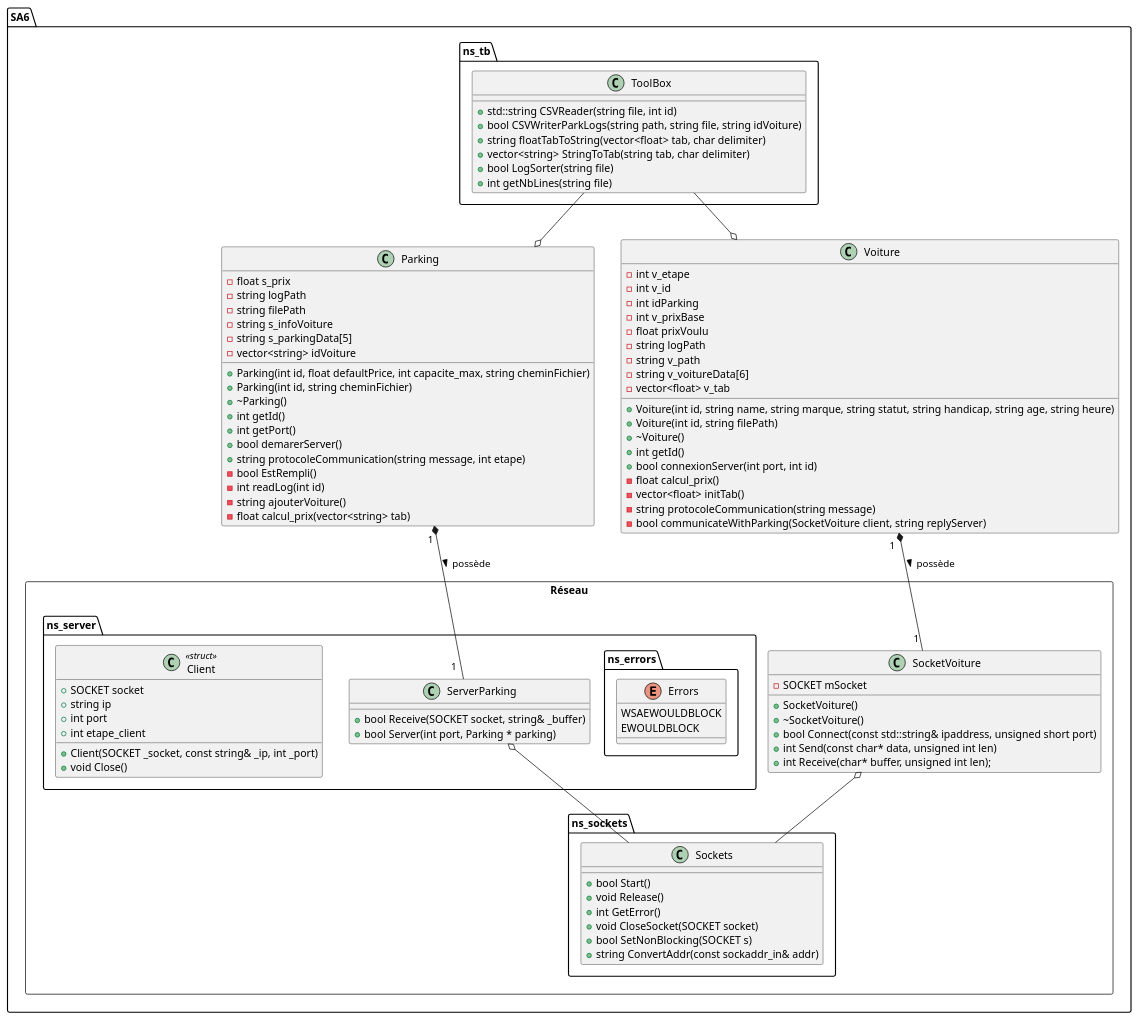
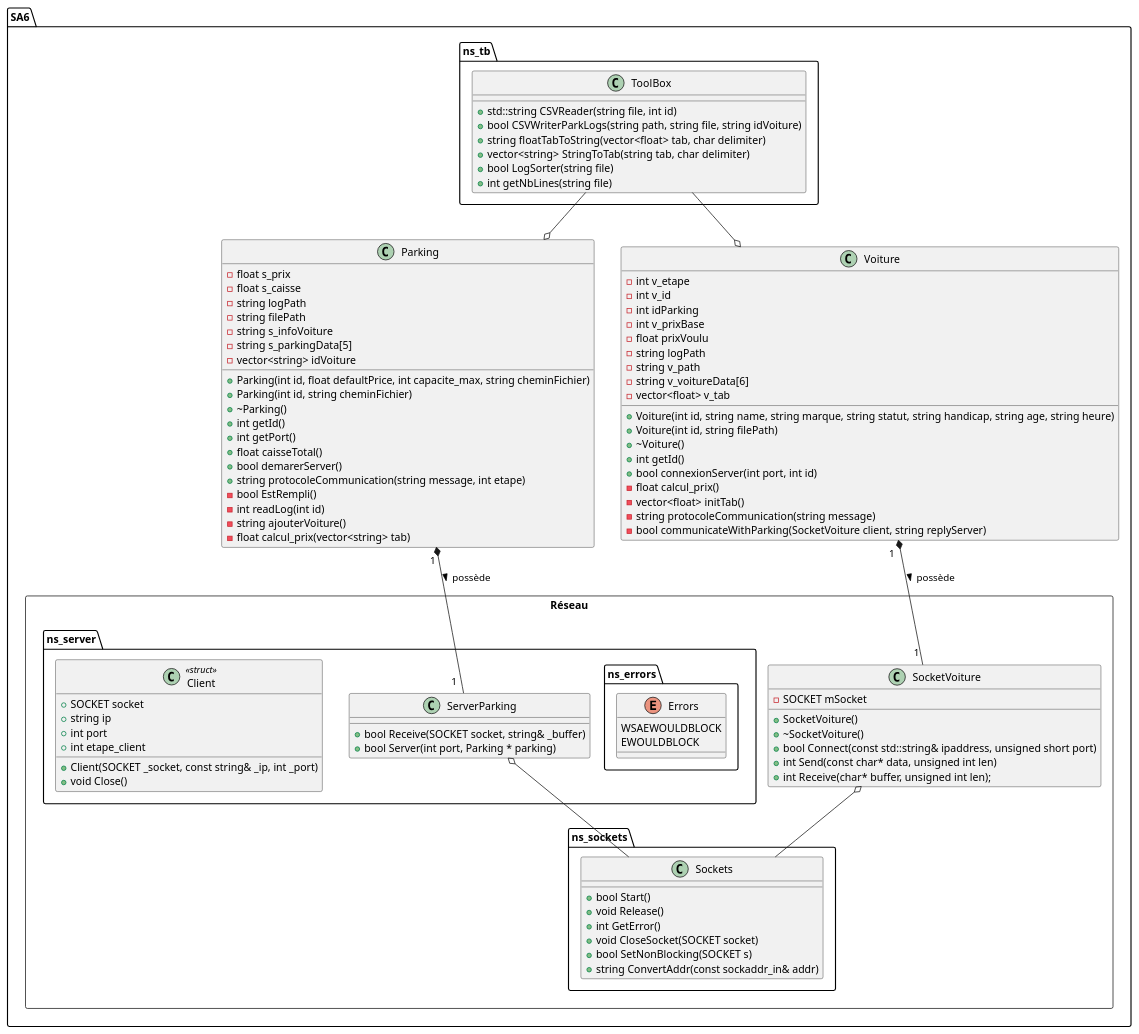
The diagram in SA6/doc/uml.plantuml (KevinFroissart/SA6_CarPark_AI), drawn with PlantUML before and after one commit. The commit also changed 3 other files, not shown here.

```diff
--- a/SA6/doc/uml.plantuml
+++ b/SA6/doc/uml.plantuml
@@ -1,120 +1,122 @@
 @startuml SA6_uml
 
 package SA6 {
 
     package ns_tb {
         class ToolBox {
             + std::string CSVReader(string file, int id)
             + bool CSVWriterParkLogs(string path, string file, string idVoiture)
             + string floatTabToString(vector<float> tab, char delimiter)
             + vector<string> StringToTab(string tab, char delimiter)
             + bool LogSorter(string file)
             + int getNbLines(string file)
         }
     }
     
     class Parking {
         - float s_prix
+        - float s_caisse
         - string logPath
         - string filePath
         - string s_infoVoiture
         - string s_parkingData[5]
         - vector<string> idVoiture
 
         + Parking(int id, float defaultPrice, int capacite_max, string cheminFichier)
         + Parking(int id, string cheminFichier)
         + ~Parking()
         + int getId()
         + int getPort()
+        + float caisseTotal()
         + bool demarerServer()
         + string protocoleCommunication(string message, int etape)
         - bool EstRempli()
         - int readLog(int id)
         - string ajouterVoiture()
         - float calcul_prix(vector<string> tab)
     }
 
     Class Voiture {
         - int v_etape
         - int v_id
         - int idParking
         - int v_prixBase
         - float prixVoulu
         - string logPath
         - string v_path
         - string v_voitureData[6]
         - vector<float> v_tab
 
         + Voiture(int id, string name, string marque, string statut, string handicap, string age, string heure)
         + Voiture(int id, string filePath)
         + ~Voiture()
         + int getId()
         + bool connexionServer(int port, int id)
         - float calcul_prix()
         - vector<float> initTab()
         - string protocoleCommunication(string message)
         - bool communicateWithParking(SocketVoiture client, string replyServer)
     }
 
     package Réseau <<Rectangle>> {
 
         package ns_server {
             Class ServerParking {
                 + bool Receive(SOCKET socket, string& _buffer)
                 + bool Server(int port, Parking * parking)
             }
 
             package ns_errors {
                 enum Errors {
                     WSAEWOULDBLOCK
                     EWOULDBLOCK
                 }
             }
 
             Class Client << struct >> {
                 + SOCKET socket
 	            + string ip
 	            + int port
 	            + int etape_client
 
 	            + Client(SOCKET _socket, const string& _ip, int _port)
                 + void Close()
             }
         }
 
         Class SocketVoiture {
             - SOCKET mSocket
 
             + SocketVoiture()
             + ~SocketVoiture()
             + bool Connect(const std::string& ipaddress, unsigned short port)
             + int Send(const char* data, unsigned int len)
             + int Receive(char* buffer, unsigned int len);	
         }
 
         package ns_sockets{
 
             Class Sockets {
 
                 + bool Start()
                 + void Release()
                 + int GetError()
                 + void CloseSocket(SOCKET socket)
                 + bool SetNonBlocking(SOCKET s)
                 + string ConvertAddr(const sockaddr_in& addr)    
             }
         }
     }
 }
 
 ToolBox --o Voiture
 ToolBox --o Parking
 
 Parking "1 " *-- "1  " ServerParking : > possède
 Voiture "1  " *-- "1 " SocketVoiture : possède >
 
 SocketVoiture o-- Sockets
 ServerParking o-- Sockets
 
 
 @enduml
```
